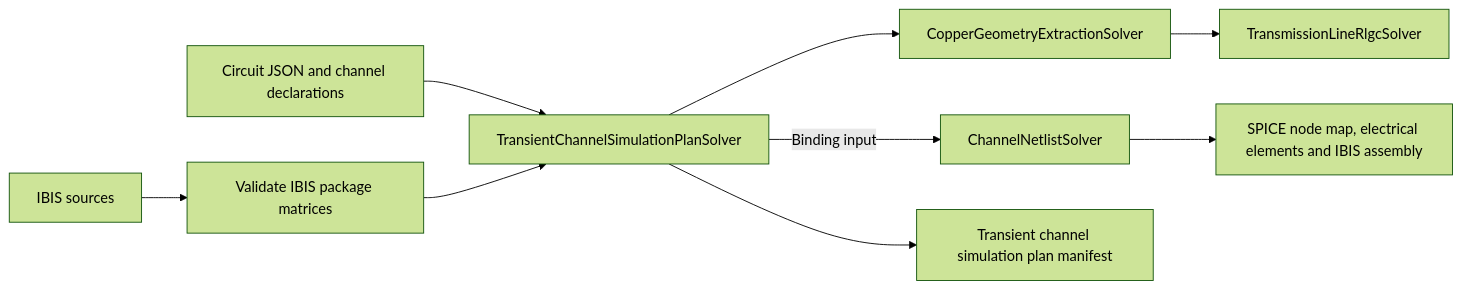
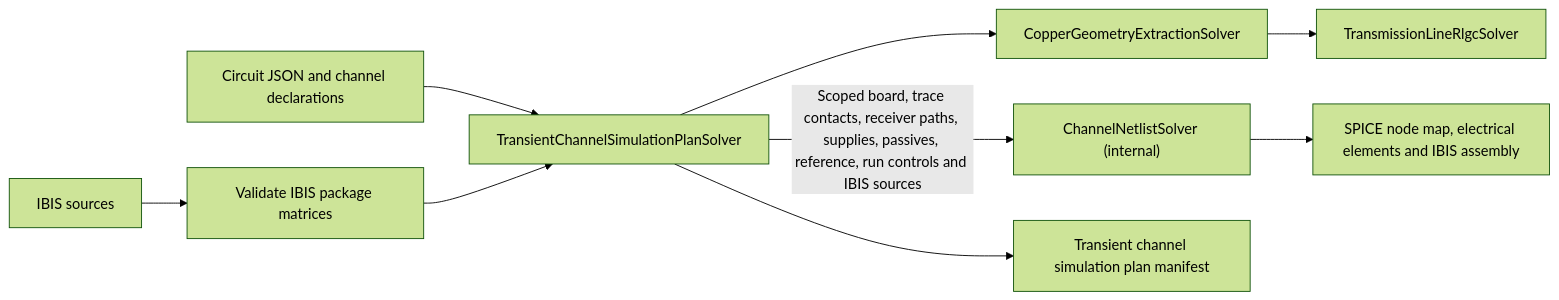
The first of 4 diagrams in README.md (tscircuit/signal-integrity-pipeline), drawn with Mermaid (forest theme) before and after one commit. The commit also changed other lines of this file and 16 other files, not shown here.

Commit message:
fix: tighten channel netlist capture and stepping

````diff
--- a/README.md
+++ b/README.md
@@ -31,11 +30,11 @@
 ```mermaid
 flowchart LR
   board["Circuit JSON and channel declarations"] --> plan["TransientChannelSimulationPlanSolver"]
   ibis["IBIS sources"] --> packages["Validate IBIS package matrices"]
   packages --> plan
   plan --> geometry["CopperGeometryExtractionSolver"]
   geometry --> transmissionLineRlgc["TransmissionLineRlgcSolver"]
-  plan -->|Binding input| netlist["ChannelNetlistSolver"]
-  netlist --> bound["SPICE node map, electrical elements and IBIS assembly"]
+  plan -->|Scoped board, trace contacts, receiver paths, supplies, passives, reference, run controls and IBIS sources| netlist["ChannelNetlistSolver (internal)"]
+  netlist --> netlistOutput["SPICE node map, electrical elements and IBIS assembly"]
   plan --> manifest["Transient channel simulation plan manifest"]
 ```
````
